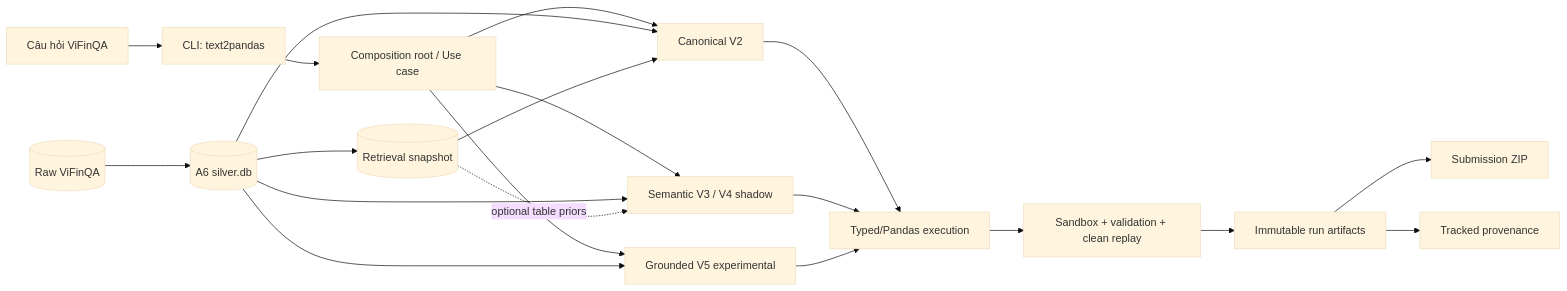
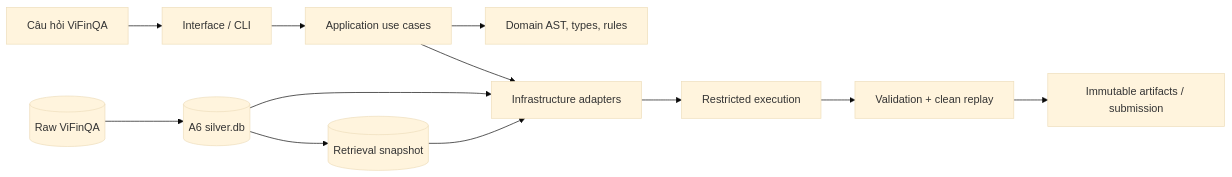
The diagram in README.md (dinhvanan307/text2pandas_r2ai), drawn with Mermaid (base theme) before and after one commit. The commit also changed other lines of this file, not shown here.

````diff
--- a/README.md
+++ b/README.md
@@ -34,25 +539,15 @@
 ```mermaid
 flowchart LR
-    Q["Câu hỏi ViFinQA"] --> CLI["CLI: text2pandas"]
-    CLI --> ROOT["Composition root / Use case"]
-
-    ROOT --> V2["Canonical V2"]
-    ROOT --> SEM["Semantic V3 / V4 shadow"]
-    ROOT --> GND["Grounded V5 experimental"]
+    Q["Câu hỏi ViFinQA"] --> CLI["Interface / CLI"]
+    CLI --> APP["Application use cases"]
+    APP --> DOM["Domain AST, types, rules"]
+    APP --> INF["Infrastructure adapters"]
 
     RAW[("Raw ViFinQA")] --> A6[("A6 silver.db")]
     A6 --> IDX[("Retrieval snapshot")]
-    A6 --> V2
-    A6 --> SEM
-    A6 --> GND
-    IDX --> V2
-    IDX -. "optional table priors" .-> SEM
-
-    V2 --> EXEC["Typed/Pandas execution"]
-    SEM --> EXEC
-    GND --> EXEC
-    EXEC --> VERIFY["Sandbox + validation + clean replay"]
-    VERIFY --> RUN["Immutable run artifacts"]
-    RUN --> ZIP["Submission ZIP"]
-    RUN --> PROV["Tracked provenance"]
+    A6 --> INF
+    IDX --> INF
+    INF --> EXEC["Restricted execution"]
+    EXEC --> VERIFY["Validation + clean replay"]
+    VERIFY --> OUT["Immutable artifacts / submission"]
 ```
````
